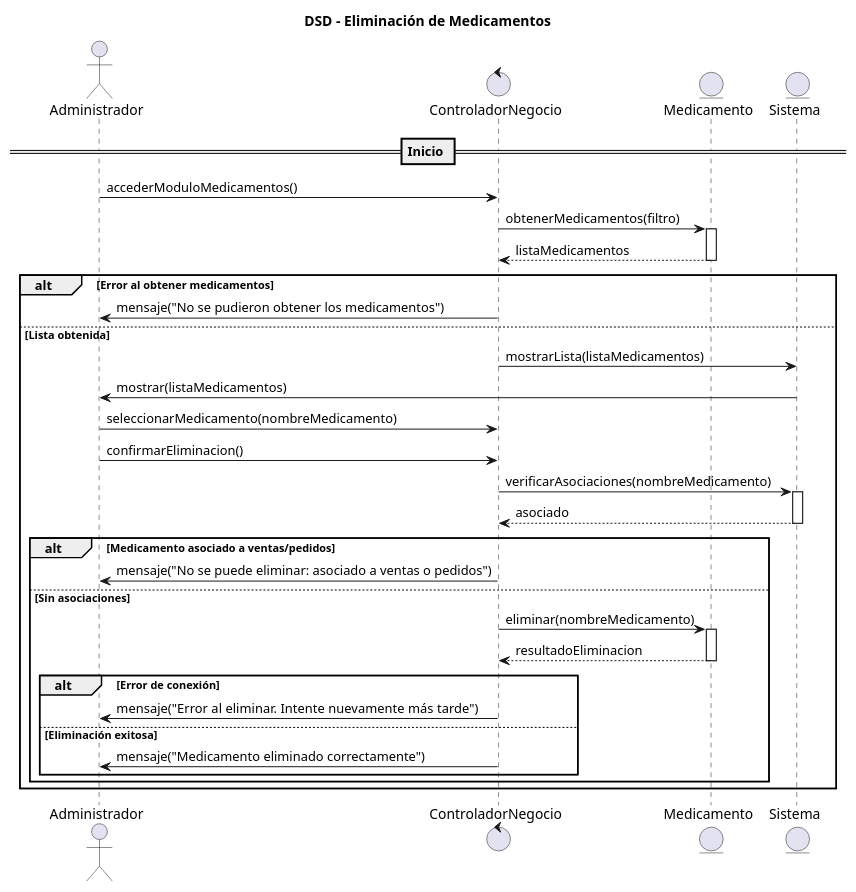
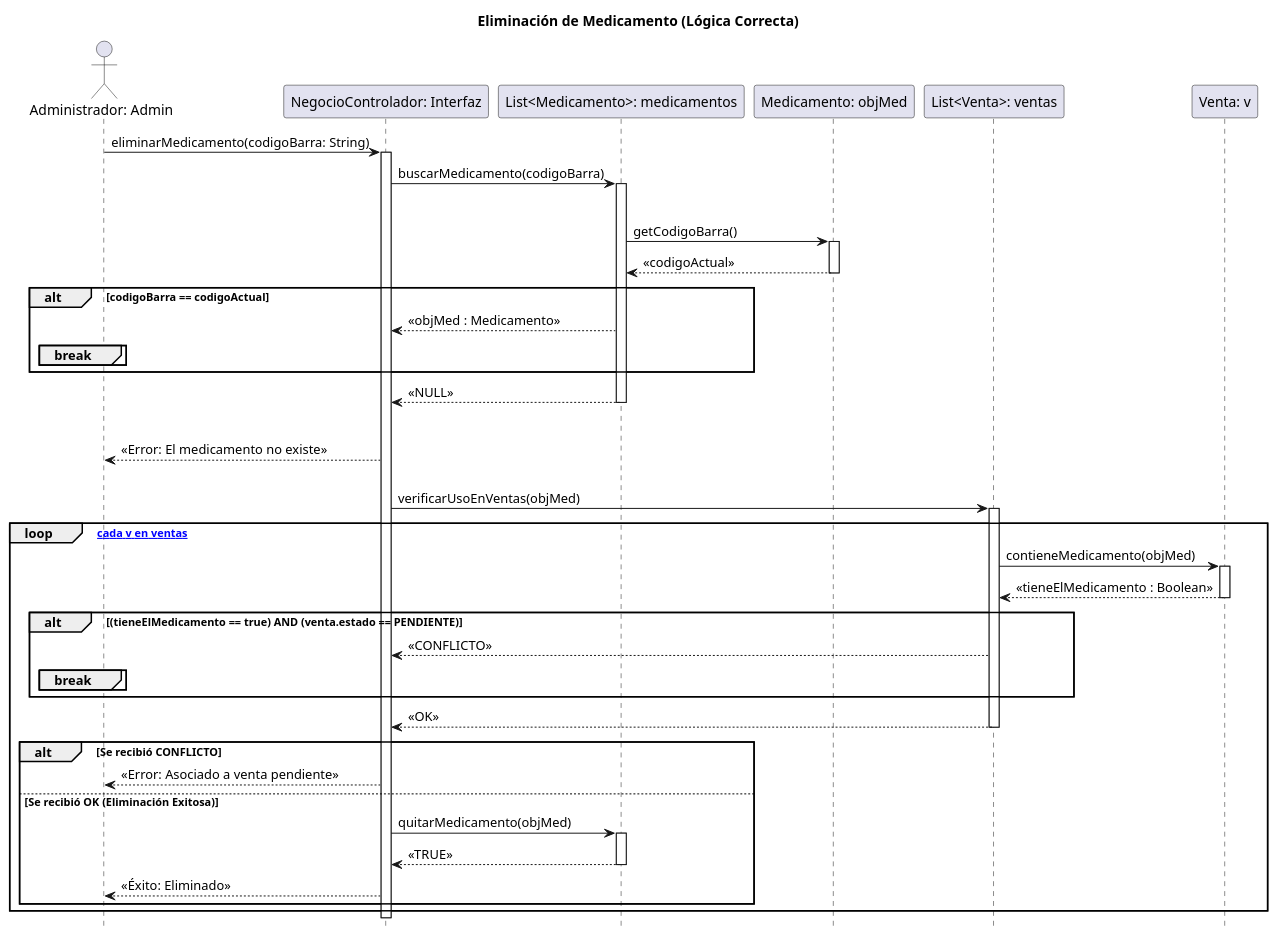
Before and after one commit to zEzequR/PF-I: the diagram in 08 - Diagramas de Secuencia de Diseño/EliminaciondeMedicamento/DSD-EliminaciondeMedicamento.wsd, drawn with PlantUML. The commit also changed 1 other file, not shown here.

Commit message:
EliminacionMed

```diff
--- a/08 - Diagramas de Secuencia de Diseño/EliminaciondeMedicamento/DSD-EliminaciondeMedicamento.wsd
+++ b/08 - Diagramas de Secuencia de Diseño/EliminaciondeMedicamento/DSD-EliminaciondeMedicamento.wsd
@@ -1,50 +1,73 @@
 @startuml
-title DSD - Eliminación de Medicamentos
+title Eliminación de Medicamento (Lógica Correcta)
 
-actor Administrador
-control ControladorNegocio
-entity Medicamento
-entity Sistema
+hide footbox
 
-== Inicio ==
+actor "Administrador: Admin" as admin
+participant "NegocioControlador: Interfaz" as NegCtrl
+participant "List<Medicamento>: medicamentos" as listaMeds
+participant "Medicamento: objMed" as med
+participant "List<Venta>: ventas" as listaVentas
+participant "Venta: v" as venta
 
-Administrador -> ControladorNegocio: accederModuloMedicamentos()
+admin -> NegCtrl : eliminarMedicamento(codigoBarra: String)
+activate NegCtrl
 
-ControladorNegocio -> Medicamento: obtenerMedicamentos(filtro)
-activate Medicamento
-Medicamento --> ControladorNegocio: listaMedicamentos
-deactivate Medicamento
-
-alt Error al obtener medicamentos
-    ControladorNegocio -> Administrador: mensaje("No se pudieron obtener los medicamentos")
-else Lista obtenida
-    ControladorNegocio -> Sistema: mostrarLista(listaMedicamentos)
-    Sistema -> Administrador: mostrar(listaMedicamentos)
-
-    Administrador -> ControladorNegocio: seleccionarMedicamento(nombreMedicamento)
-
-    Administrador -> ControladorNegocio: confirmarEliminacion()
-
-    ControladorNegocio -> Sistema: verificarAsociaciones(nombreMedicamento)
-    activate Sistema
-    Sistema --> ControladorNegocio: asociado
-    deactivate Sistema
-
-    alt Medicamento asociado a ventas/pedidos
-        ControladorNegocio -> Administrador: mensaje("No se puede eliminar: asociado a ventas o pedidos")
-    else Sin asociaciones
-
-        ControladorNegocio -> Medicamento: eliminar(nombreMedicamento)
-        activate Medicamento
-        Medicamento --> ControladorNegocio: resultadoEliminacion
-        deactivate Medicamento
-
-        alt Error de conexión
-            ControladorNegocio -> Administrador: mensaje("Error al eliminar. Intente nuevamente más tarde")
-        else Eliminación exitosa
-            ControladorNegocio -> Administrador: mensaje("Medicamento eliminado correctamente")
+    NegCtrl -> listaMeds : buscarMedicamento(codigoBarra)
+    activate listaMeds
+    
+    loop [para cada m en medicamentos]
+        listaMeds -> med : getCodigoBarra()
+        activate med
+        med --> listaMeds : << codigoActual >>
+        deactivate med
+        
+        alt codigoBarra == codigoActual
+            listaMeds --> NegCtrl : << objMed : Medicamento >>
+            break
         end
     end
-end
+    
+    listaMeds --> NegCtrl : << NULL >>
+    deactivate listaMeds
 
+    alt objMed == NULL
+        NegCtrl --> admin : << Error: El medicamento no existe >>
+        
+    else medicamento encontrado (EL ELSE QUE FALTABA)
+        
+
+        NegCtrl -> listaVentas : verificarUsoEnVentas(objMed)
+        activate listaVentas
+        
+        loop [para cada v en ventas]
+            listaVentas -> venta : contieneMedicamento(objMed)
+            activate venta
+            venta --> listaVentas : << tieneElMedicamento : Boolean >>
+            deactivate venta
+            
+            alt (tieneElMedicamento == true) AND (venta.estado == PENDIENTE)
+                listaVentas --> NegCtrl : << CONFLICTO >>
+                break
+            end
+        end
+        
+        listaVentas --> NegCtrl : << OK >>
+        deactivate listaVentas
+        
+        alt Se recibió CONFLICTO
+            NegCtrl --> admin : << Error: Asociado a venta pendiente >>
+            
+        else Se recibió OK (Eliminación Exitosa)
+            NegCtrl -> listaMeds : quitarMedicamento(objMed)
+            activate listaMeds
+            listaMeds --> NegCtrl : << TRUE >>
+            deactivate listaMeds
+            
+            NegCtrl --> admin : << Éxito: Eliminado >>
+        end
+        
+    end ' Fin del ELSE gigante
+
+deactivate NegCtrl
 @enduml
```
